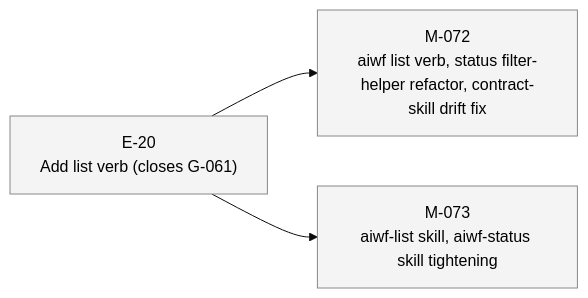
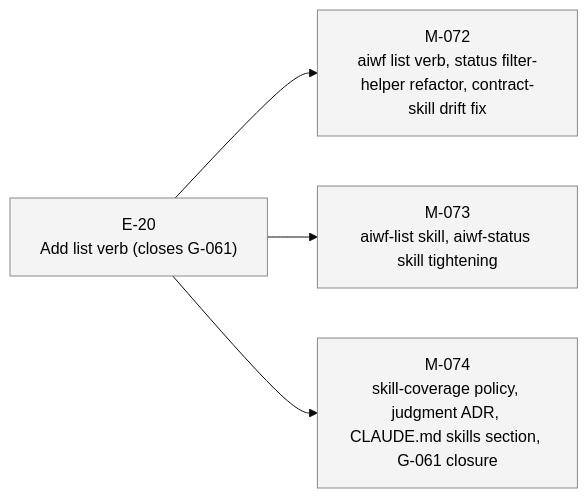
The second of 2 diagrams in STATUS.md (23min/aiwf), drawn with Mermaid (base theme) before and after one commit. The commit also changed other lines of this file and 1 other file, not shown here.

First line of the commit message:
aiwf add milestone M-074 "skill-coverage policy, judgment ADR, CLAUDE.md skills section, G-061 closure"

````diff
--- a/STATUS.md
+++ b/STATUS.md
@@ -46,14 +47,16 @@
 ```mermaid
 flowchart LR
   E_20["E-20<br/>Add list verb (closes G-061)"]:::epic_proposed
   M_072["M-072<br/>aiwf list verb, status filter-helper refactor, contract-skill drift fix"]:::ms_draft
   E_20 --> M_072
   M_073["M-073<br/>aiwf-list skill, aiwf-status skill tightening"]:::ms_draft
   E_20 --> M_073
+  M_074["M-074<br/>skill-coverage policy, judgment ADR, CLAUDE.md skills section, G-061 closure"]:::ms_draft
+  E_20 --> M_074
   classDef epic_active fill:#d6eaff,stroke:#1a73e8,color:#000
   classDef epic_proposed fill:#f4f4f4,stroke:#888,color:#000
   classDef ms_done fill:#d8f5d8,stroke:#2a8a2a,color:#000
   classDef ms_in_progress fill:#fff3c4,stroke:#caa400,color:#000
   classDef ms_draft fill:#f4f4f4,stroke:#888,color:#000
   classDef ms_cancelled fill:#fbeaea,stroke:#c33,color:#000
 ```
````
